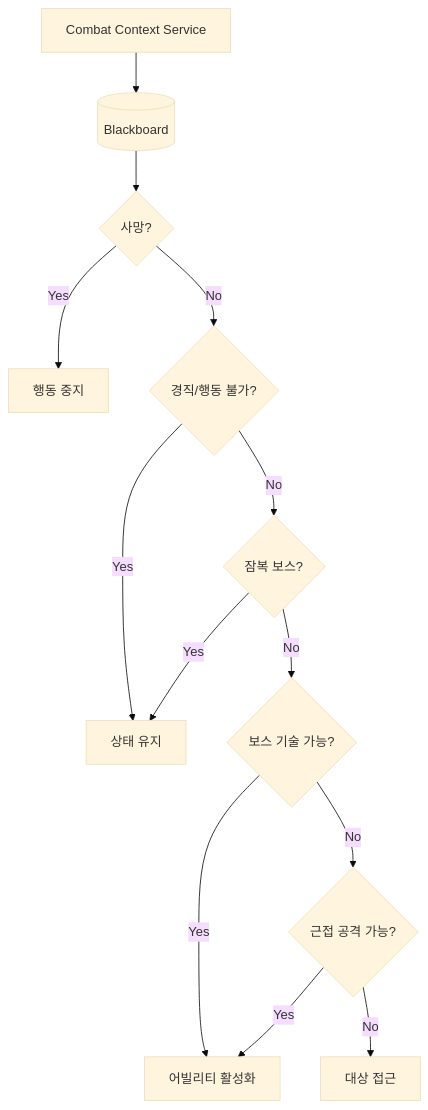
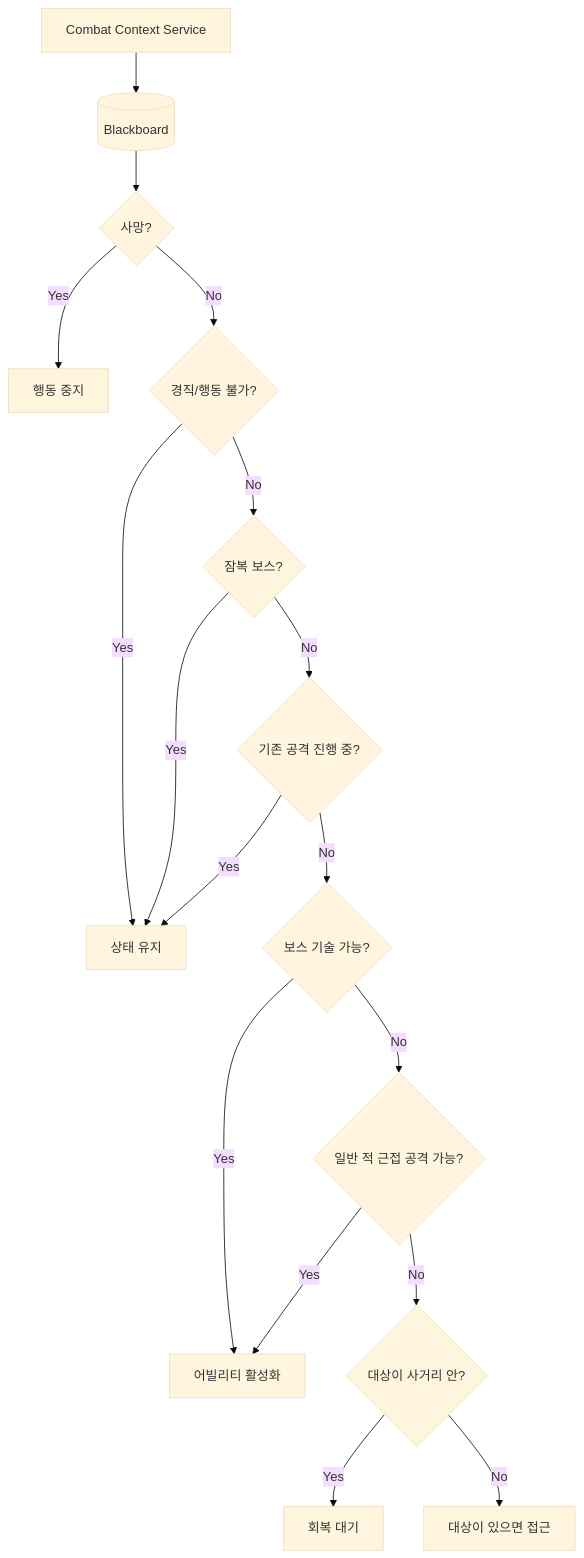
The second of 3 diagrams in Docs/Portfolio/ARCHITECTURE.md (Growcompany/DediServerRPG), drawn with Mermaid (base theme) before and after one commit. The commit also changed other lines of this file and 1 other file, not shown here.

````diff
--- a/Docs/Portfolio/ARCHITECTURE.md
+++ b/Docs/Portfolio/ARCHITECTURE.md
@@ -115,15 +122,19 @@
 ```mermaid
 flowchart TD
     Service[Combat Context Service] --> BB[(Blackboard)]
     BB --> Dead{사망?}
     Dead -->|Yes| Stop[행동 중지]
     Dead -->|No| Disabled{경직/행동 불가?}
     Disabled -->|Yes| Hold[상태 유지]
     Disabled -->|No| Dormant{잠복 보스?}
     Dormant -->|Yes| Hold
-    Dormant -->|No| BossSkill{보스 기술 가능?}
+    Dormant -->|No| Active{기존 공격 진행 중?}
+    Active -->|Yes| Hold
+    Active -->|No| BossSkill{보스 기술 가능?}
     BossSkill -->|Yes| Activate[어빌리티 활성화]
-    BossSkill -->|No| Melee{근접 공격 가능?}
+    BossSkill -->|No| Melee{일반 적 근접 공격 가능?}
     Melee -->|Yes| Activate
-    Melee -->|No| Approach[대상 접근]
+    Melee -->|No| InRange{대상이 사거리 안?}
+    InRange -->|Yes| Recover[회복 대기]
+    InRange -->|No| Approach[대상이 있으면 접근]
 ```
````
